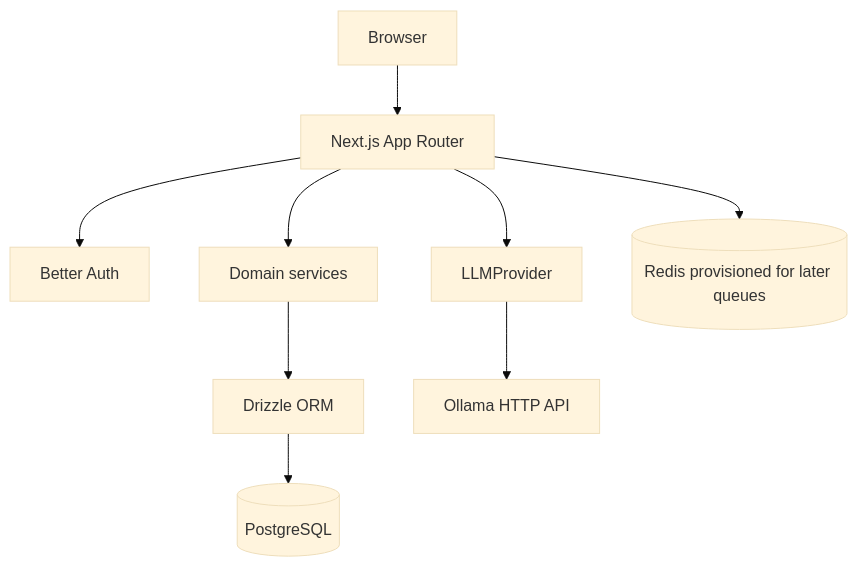
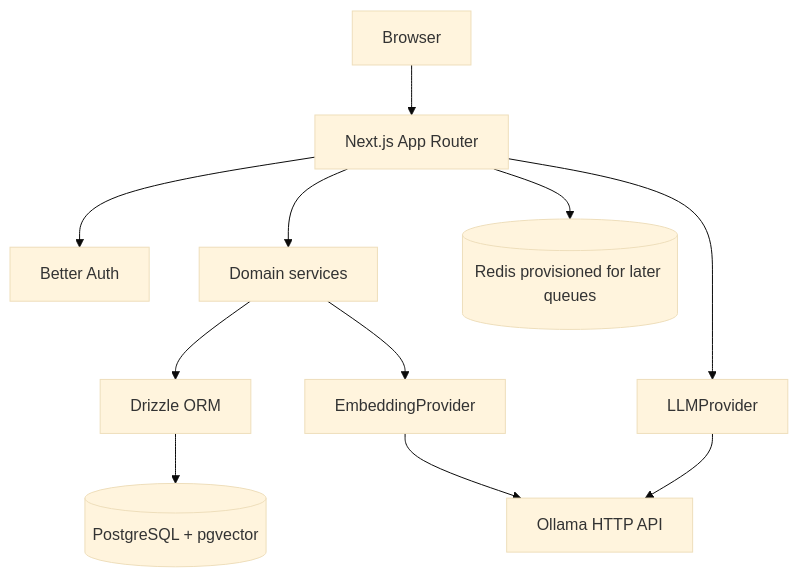
The diagram in ARCHITECTURE.md (marchmalloww4/Flowyn), drawn with Mermaid (base theme) before and after one commit. The commit also changed other lines of this file and 56 other files, not shown here.

````diff
--- a/ARCHITECTURE.md
+++ b/ARCHITECTURE.md
@@ -7,11 +7,13 @@
 ```mermaid
 graph TD
   Browser[Browser] --> Next[Next.js App Router]
   Next --> Auth[Better Auth]
   Next --> Services[Domain services]
   Services --> DB[Drizzle ORM]
-  DB --> Postgres[(PostgreSQL)]
+  DB --> Postgres[(PostgreSQL + pgvector)]
+  Services --> Embed[EmbeddingProvider]
+  Embed --> Ollama
   Next --> Provider[LLMProvider]
   Provider --> Ollama[Ollama HTTP API]
   Next --> Redis[(Redis provisioned for later queues)]
 ```
````
